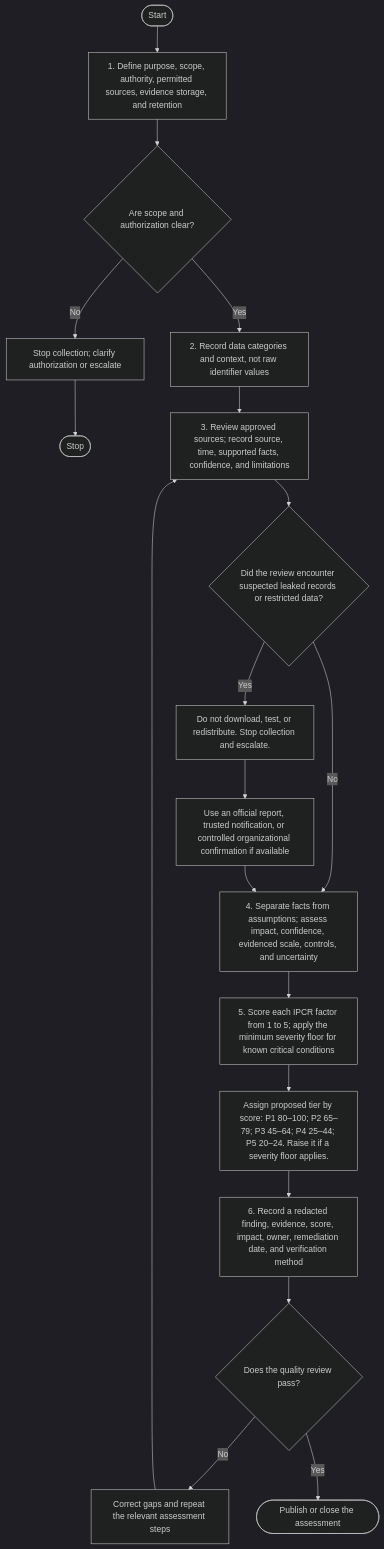
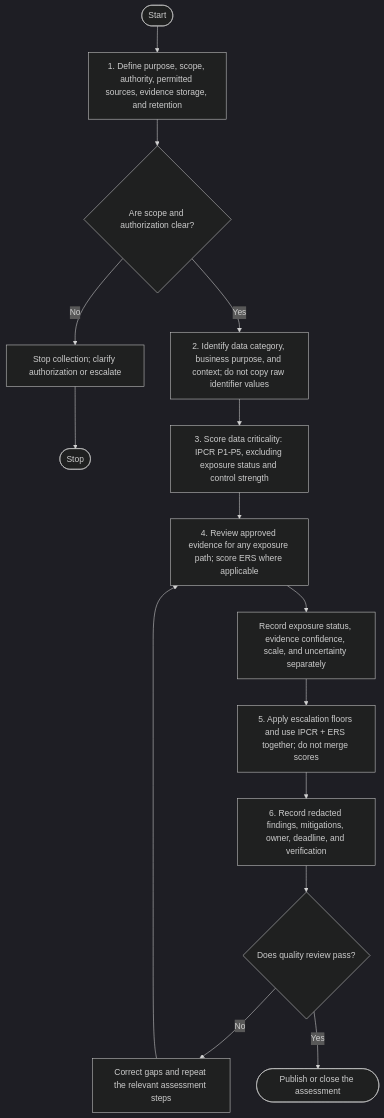
Before and after one commit to mikhsanfbusiness-alt/indonesia-osint-pii-protection: the diagram in docs/methodology.md, drawn with Mermaid (dark theme). The commit also changed other lines of this file, not shown here.

First line of the commit message:
Revise methodology for OSINT and data exposure assessment

````diff
--- a/docs/methodology.md
+++ b/docs/methodology.md
@@ -20,21 +25,17 @@
 ```mermaid
 flowchart TD
     start([Start]) --> scope["1. Define purpose, scope, authority, permitted sources, evidence storage, and retention"]
     scope --> authorization{"Are scope and authorization clear?"}
-    authorization -- "No" --> stop["Stop collection; clarify authorization or escalate"]
+    authorization -- No --> stop["Stop collection; clarify authorization or escalate"]
     stop --> stopped([Stop])
-    authorization -- "Yes" --> categories["2. Record data categories and context, not raw identifier values"]
-    categories --> sources["3. Review approved sources; record source, time, supported facts, confidence, and limitations"]
-    sources --> restricted{"Did the review encounter suspected leaked records or restricted data?"}
-    restricted -- "Yes" --> protect["Do not download, test, or redistribute. Stop collection and escalate."]
-    protect --> safe["Use an official report, trusted notification, or controlled organizational confirmation if available"]
-    restricted -- "No" --> assess["4. Separate facts from assumptions; assess impact, confidence, evidenced scale, controls, and uncertainty"]
-    safe --> assess
-    assess --> score["5. Score each IPCR factor from 1 to 5; apply the minimum severity floor for known critical conditions"]
-    score --> tier["Assign proposed tier by score: P1 80–100; P2 65–79; P3 45–64; P4 25–44; P5 20–24. Raise it if a severity floor applies."]
-    tier --> report["6. Record a redacted finding, evidence, score, impact, owner, remediation date, and verification method"]
-    report --> review{"Does the quality review pass?"}
-    review -- "No" --> revise["Correct gaps and repeat the relevant assessment steps"]
-    revise --> sources
-    review -- "Yes" --> close([Publish or close the assessment])
+    authorization -- Yes --> identify["2. Identify data category, business purpose, and context; do not copy raw identifier values"]
+    identify --> criticality["3. Score data criticality: IPCR P1-P5, excluding exposure status and control strength"]
+    criticality --> exposure["4. Review approved evidence for any exposure path; score ERS where applicable"]
+    exposure --> status["Record exposure status, evidence confidence, scale, and uncertainty separately"]
+    status --> rules["5. Apply escalation floors and use IPCR + ERS together; do not merge scores"]
+    rules --> report["6. Record redacted findings, mitigations, owner, deadline, and verification"]
+    report --> review{"Does quality review pass?"}
+    review -- No --> revise["Correct gaps and repeat the relevant assessment steps"]
+    revise --> exposure
+    review -- Yes --> close([Publish or close the assessment])
 ```
````
